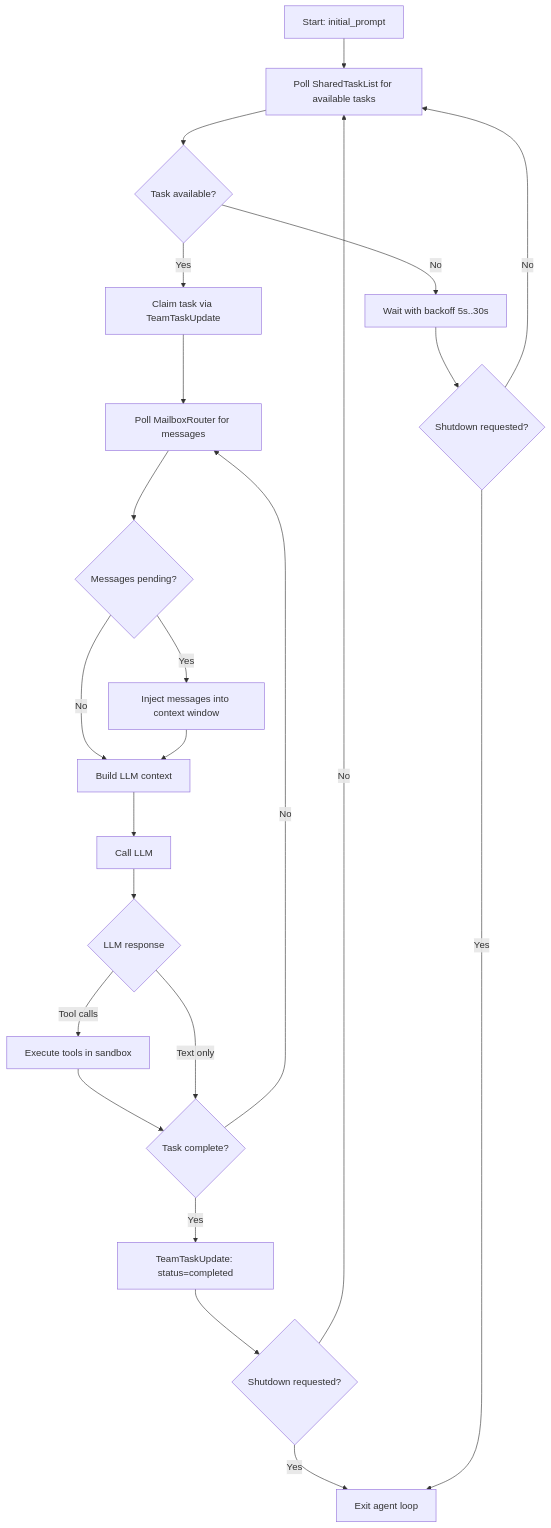
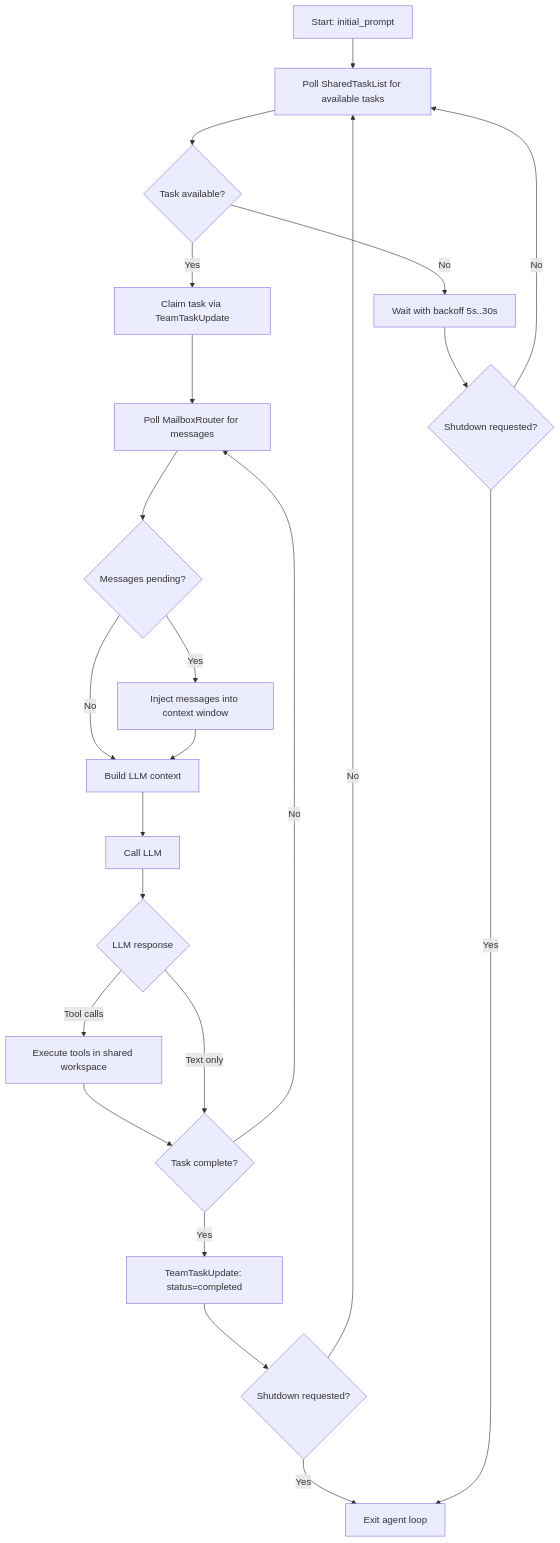
Before and after one commit to suman724/cowork-infra: the fifth of 9 diagrams in docs/components/agent-teams.md, drawn with Mermaid. The commit also changed other lines of this file, not shown here.

First line of the commit message:
docs(agent-teams): simplify to shared workspace, remove isolation strategies

````diff
--- a/docs/components/agent-teams.md
+++ b/docs/components/agent-teams.md
@@ -770,25 +596,25 @@
 ```mermaid
 flowchart TD
     A[Start: initial_prompt] --> B[Poll SharedTaskList for available tasks]
     B --> C{Task available?}
     C -- Yes --> D[Claim task via TeamTaskUpdate]
     D --> E[Poll MailboxRouter for messages]
     E --> F{Messages pending?}
     F -- Yes --> G[Inject messages into context window]
     F -- No --> H[Build LLM context]
     G --> H
     H --> I[Call LLM]
     I --> J{LLM response}
-    J -- Tool calls --> K[Execute tools in sandbox]
+    J -- Tool calls --> K[Execute tools in shared workspace]
     K --> L{Task complete?}
     J -- Text only --> L
     L -- No --> E
     L -- Yes --> M[TeamTaskUpdate: status=completed]
     M --> N{Shutdown requested?}
     N -- No --> B
     N -- Yes --> O[Exit agent loop]
     C -- No --> P[Wait with backoff 5s..30s]
     P --> Q{Shutdown requested?}
     Q -- No --> B
     Q -- Yes --> O
 ```
````
